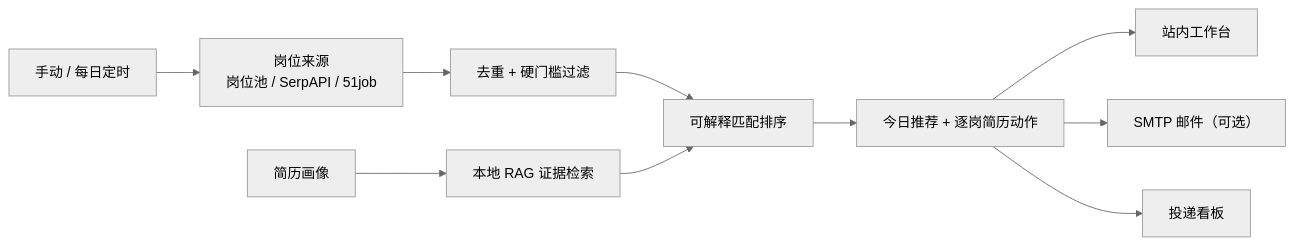
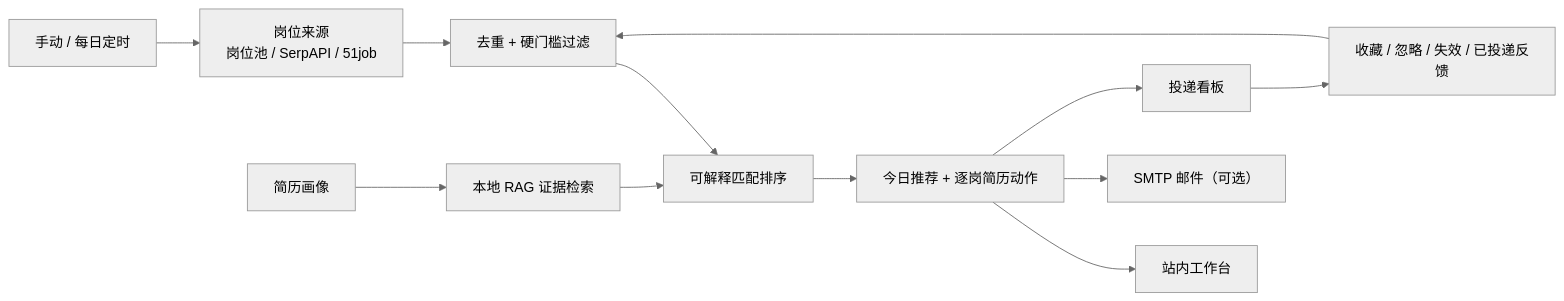
Before and after one commit to eatdrop/career-radar: the first of 2 diagrams in plans/architecture.md, drawn with Mermaid (neutral theme). The commit also changed other lines of this file and 15 other files, not shown here.

````diff
--- a/plans/architecture.md
+++ b/plans/architecture.md
@@ -5,12 +5,14 @@
 ```mermaid
 flowchart LR
     Trigger["手动 / 每日定时"] --> Sources["岗位来源<br/>岗位池 / SerpAPI / 51job"]
     Sources --> Filter["去重 + 硬门槛过滤"]
     Resume["简历画像"] --> Evidence["本地 RAG 证据检索"]
     Filter --> Rank["可解释匹配排序"]
     Evidence --> Rank
     Rank --> Digest["今日推荐 + 逐岗简历动作"]
     Digest --> Web["站内工作台"]
     Digest --> Email["SMTP 邮件（可选）"]
     Digest --> CRM["投递看板"]
+    CRM --> Feedback["收藏 / 忽略 / 失效 / 已投递反馈"]
+    Feedback --> Filter
 ```
````
